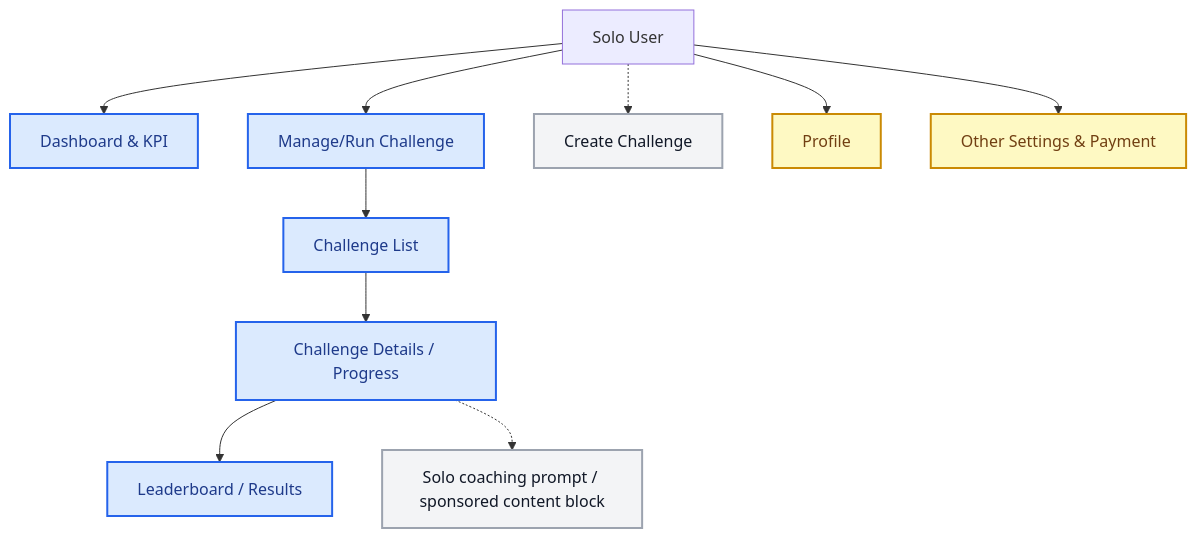
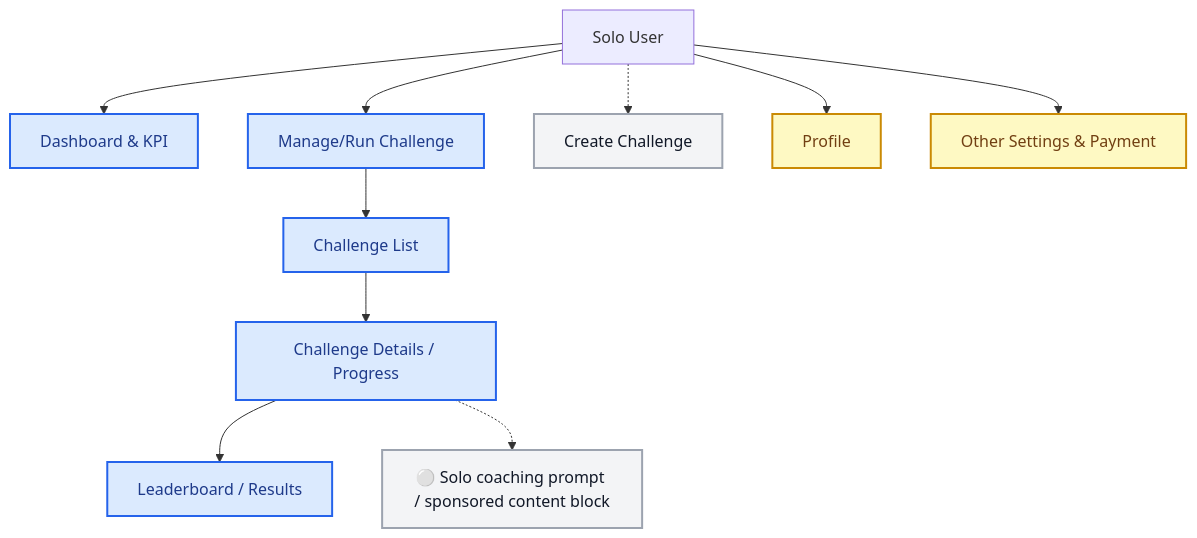
Before and after one commit to jonhazeltine/compass-kpi: the eighth of 9 diagrams in docs/spec/appendix/INTENDED_WIRING_DIAGRAM.md, drawn with Mermaid. The commit also changed other lines of this file and 4 other files, not shown here.

````diff
--- a/docs/spec/appendix/INTENDED_WIRING_DIAGRAM.md
+++ b/docs/spec/appendix/INTENDED_WIRING_DIAGRAM.md
@@ -265,22 +280,22 @@
 ```mermaid
 flowchart TD
   S["Solo User"] --> SD["Dashboard & KPI"]
   S --> SC["Manage/Run Challenge"]
   S -.-> SCP["Create Challenge"]
   S --> SP["Profile"]
   S --> SS["Other Settings & Payment"]
 
   SC --> SCL["Challenge List"]
   SCL --> SCD["Challenge Details / Progress"]
   SCD --> SCB["Leaderboard / Results"]
-  SCD -.-> SCN["Solo coaching prompt / sponsored content block"]
+  SCD -.-> SCN["⚪ Solo coaching prompt / sponsored content block"]
 
   classDef mvp fill:#dbeafe,stroke:#2563eb,color:#1e3a8a,stroke-width:2px;
   classDef prod fill:#dcfce7,stroke:#16a34a,color:#14532d,stroke-width:2px;
   classDef framed fill:#fef9c3,stroke:#ca8a04,color:#713f12,stroke-width:2px;
   classDef missing fill:#f3f4f6,stroke:#9ca3af,color:#111827,stroke-width:2px;
 
   class SD,SC,SCL,SCD,SCB mvp;
   class SP,SS framed;
   class SCP,SCN missing;
 ```
````
